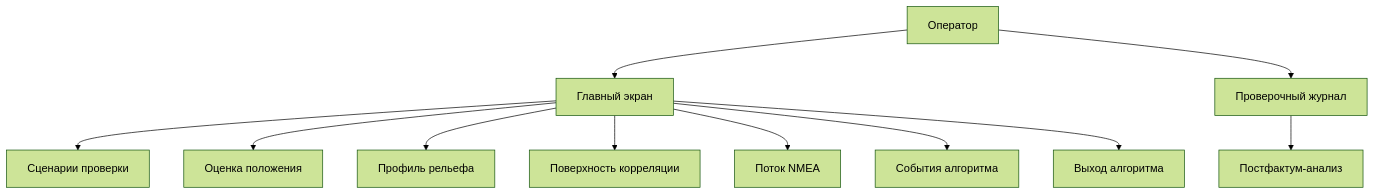
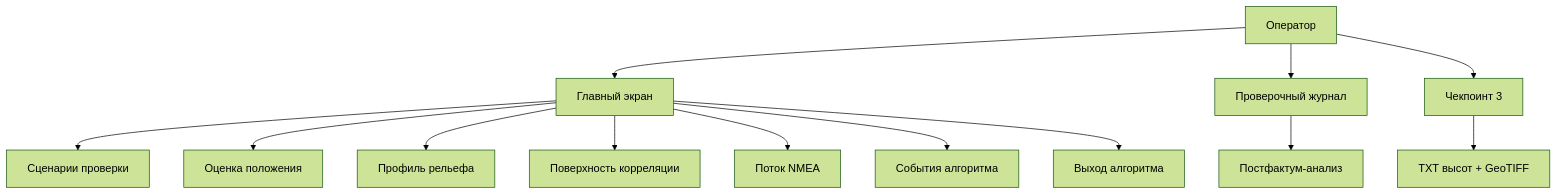
One commit to rub1kub/where-are-we-barista changed the second of 3 diagrams in README.md. Above: the diagram before and after it, drawn with Mermaid (forest theme). The commit also changed other lines of this file and 7 other files, not shown here.

````diff
--- a/README.md
+++ b/README.md
@@ -67,13 +68,15 @@
 ```mermaid
 flowchart TB
     A["Оператор"] --> B["Главный экран"]
     B --> C["Сценарии проверки"]
     B --> D["Оценка положения"]
     B --> E["Профиль рельефа"]
     B --> F["Поверхность корреляции"]
     B --> G["Поток NMEA"]
     B --> H["События алгоритма"]
     B --> I["Выход алгоритма"]
     A --> J["Проверочный журнал"]
     J --> K["Постфактум-анализ"]
+    A --> L["Чекпоинт 3"]
+    L --> M["TXT высот + GeoTIFF"]
 ```
````
